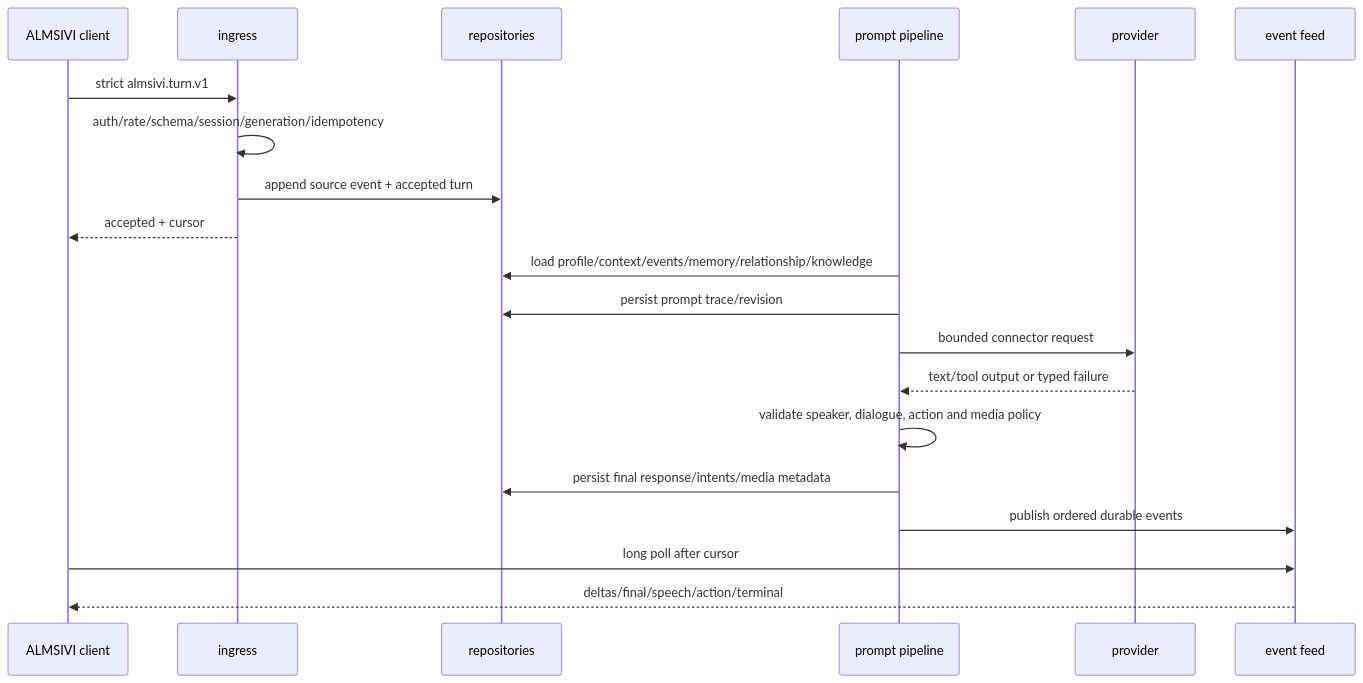
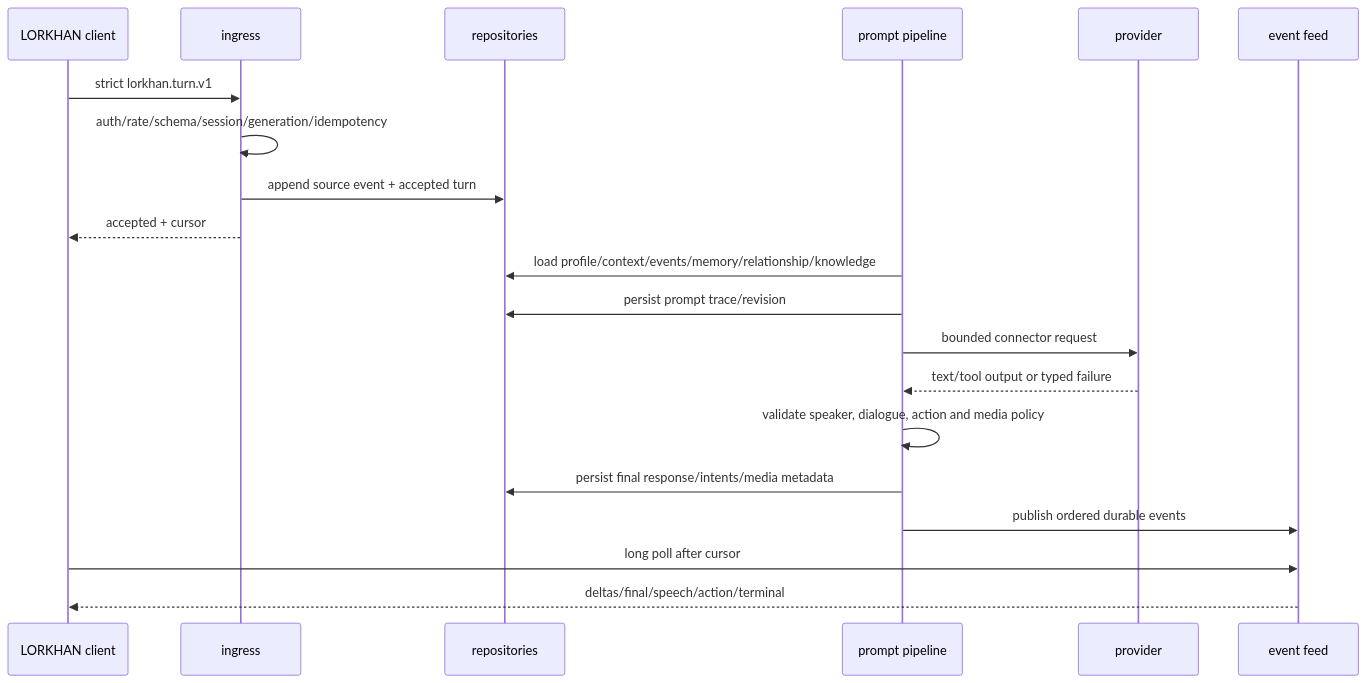
The second of 2 diagrams in docs/REFERENCE-SERVER-DATAFLOW.md (Dwemer-Dynamics/LorkhanServer), drawn with Mermaid before and after one commit. The commit also changed other lines of this file and 472 other files, not shown here.

````diff
--- a/docs/REFERENCE-SERVER-DATAFLOW.md
+++ b/docs/REFERENCE-SERVER-DATAFLOW.md
@@ -74,22 +74,22 @@
 ```mermaid
 sequenceDiagram
-  participant C as ALMSIVI client
+  participant C as LORKHAN client
   participant I as ingress
   participant D as repositories
   participant P as prompt pipeline
   participant X as provider
   participant E as event feed
-  C->>I: strict almsivi.turn.v1
+  C->>I: strict lorkhan.turn.v1
   I->>I: auth/rate/schema/session/generation/idempotency
   I->>D: append source event + accepted turn
   I-->>C: accepted + cursor
   P->>D: load profile/context/events/memory/relationship/knowledge
   P->>D: persist prompt trace/revision
   P->>X: bounded connector request
   X-->>P: text/tool output or typed failure
   P->>P: validate speaker, dialogue, action and media policy
   P->>D: persist final response/intents/media metadata
   P->>E: publish ordered durable events
   C->>E: long poll after cursor
   E-->>C: deltas/final/speech/action/terminal
 ```
````
